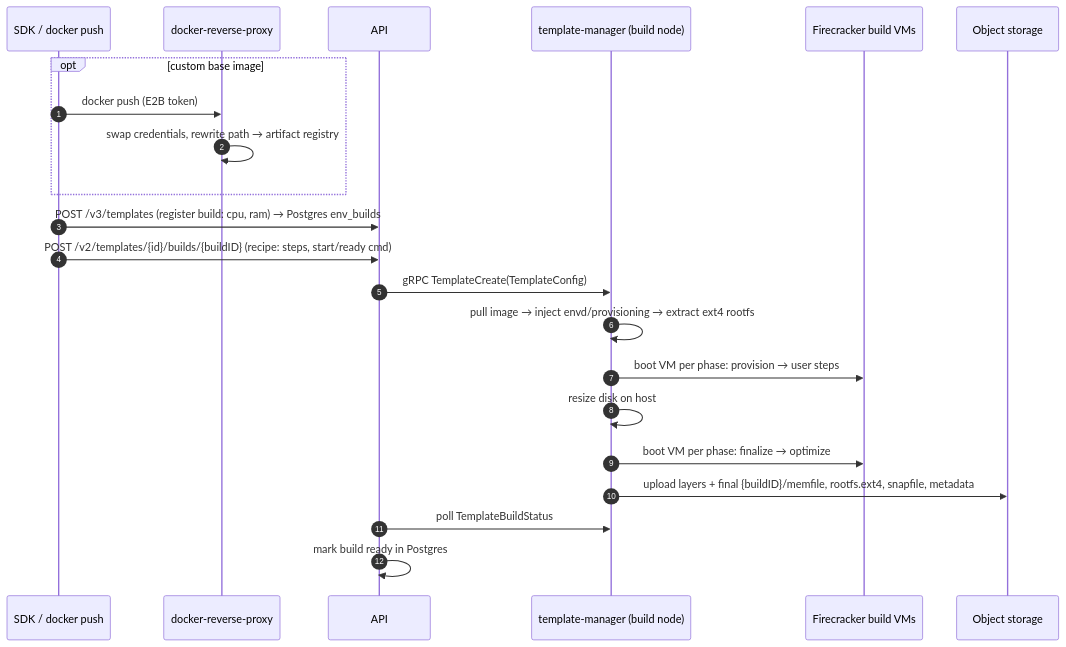
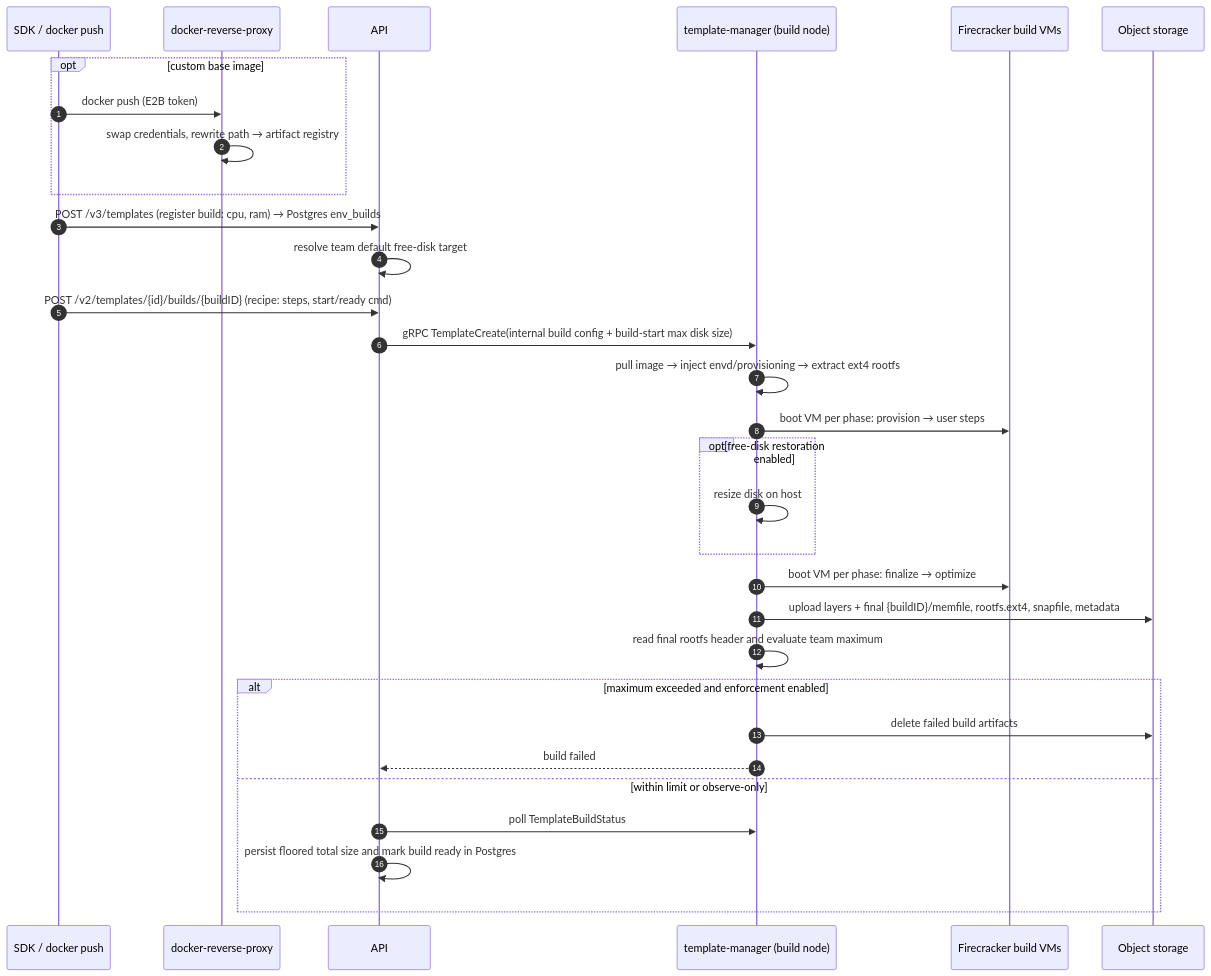
The fourth of 5 diagrams in docs/ARCHITECTURE.md (e2b-dev/infra), drawn with Mermaid before and after one commit. The commit also changed other lines of this file and 20 other files, not shown here.

First line of the commit message:
[EN-1038] feat: add LD-gated template disk enforcement

````diff
--- a/docs/ARCHITECTURE.md
+++ b/docs/ARCHITECTURE.md
@@ -278,25 +278,34 @@
 ```mermaid
 sequenceDiagram
     autonumber
     participant C as SDK / docker push
     participant DRP as docker-reverse-proxy
     participant API as API
     participant TM as template-manager (build node)
     participant FC as Firecracker build VMs
     participant OS as Object storage
 
     opt custom base image
         C->>DRP: docker push (E2B token)
         DRP->>DRP: swap credentials, rewrite path → artifact registry
     end
     C->>API: POST /v3/templates (register build: cpu, ram) → Postgres env_builds
+    API->>API: resolve team default free-disk target
     C->>API: POST /v2/templates/{id}/builds/{buildID} (recipe: steps, start/ready cmd)
-    API->>TM: gRPC TemplateCreate(TemplateConfig)
+    API->>TM: gRPC TemplateCreate(internal build config + build-start max disk size)
     TM->>TM: pull image → inject envd/provisioning → extract ext4 rootfs
     TM->>FC: boot VM per phase: provision → user steps
-    TM->>TM: resize disk on host
+    opt free-disk restoration enabled
+        TM->>TM: resize disk on host
+    end
     TM->>FC: boot VM per phase: finalize → optimize
     TM->>OS: upload layers + final {buildID}/memfile, rootfs.ext4, snapfile, metadata
-    API->>TM: poll TemplateBuildStatus
-    API->>API: mark build ready in Postgres
+    TM->>TM: read final rootfs header and evaluate team maximum
+    alt maximum exceeded and enforcement enabled
+        TM->>OS: delete failed build artifacts
+        TM-->>API: build failed
+    else within limit or observe-only
+        API->>TM: poll TemplateBuildStatus
+        API->>API: persist floored total size and mark build ready in Postgres
+    end
 ```
````
